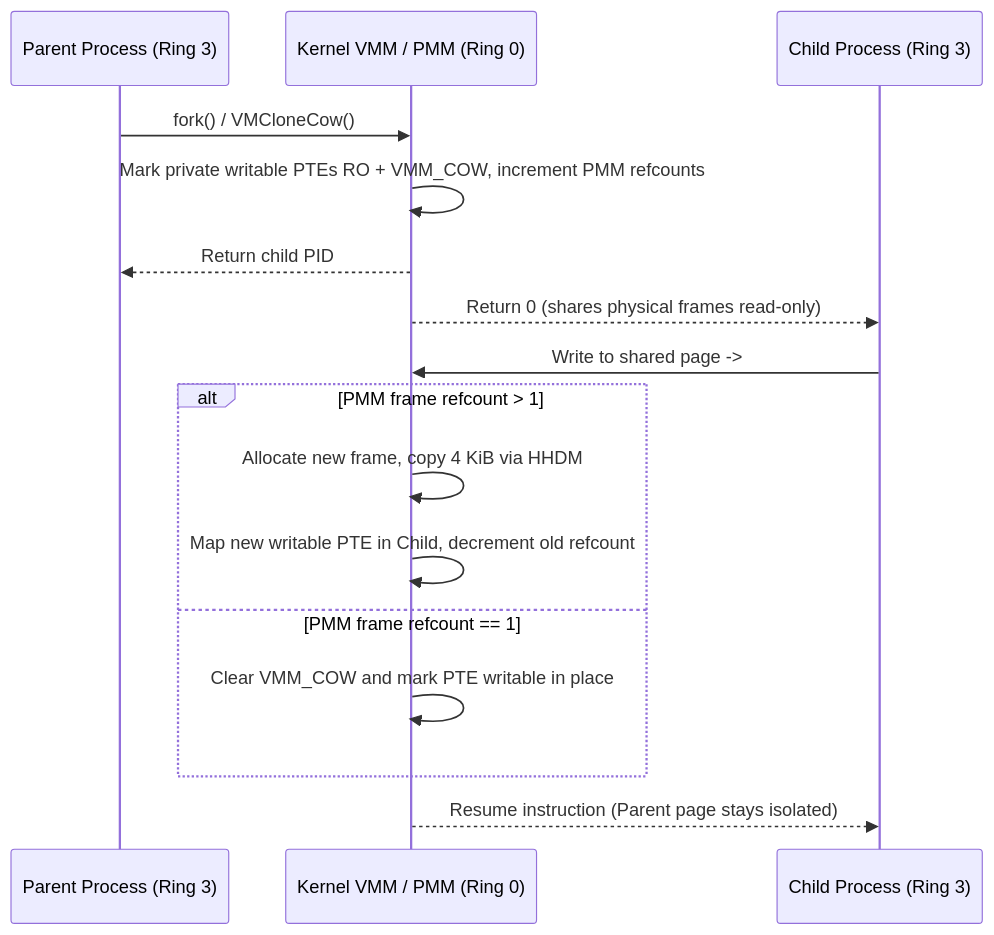
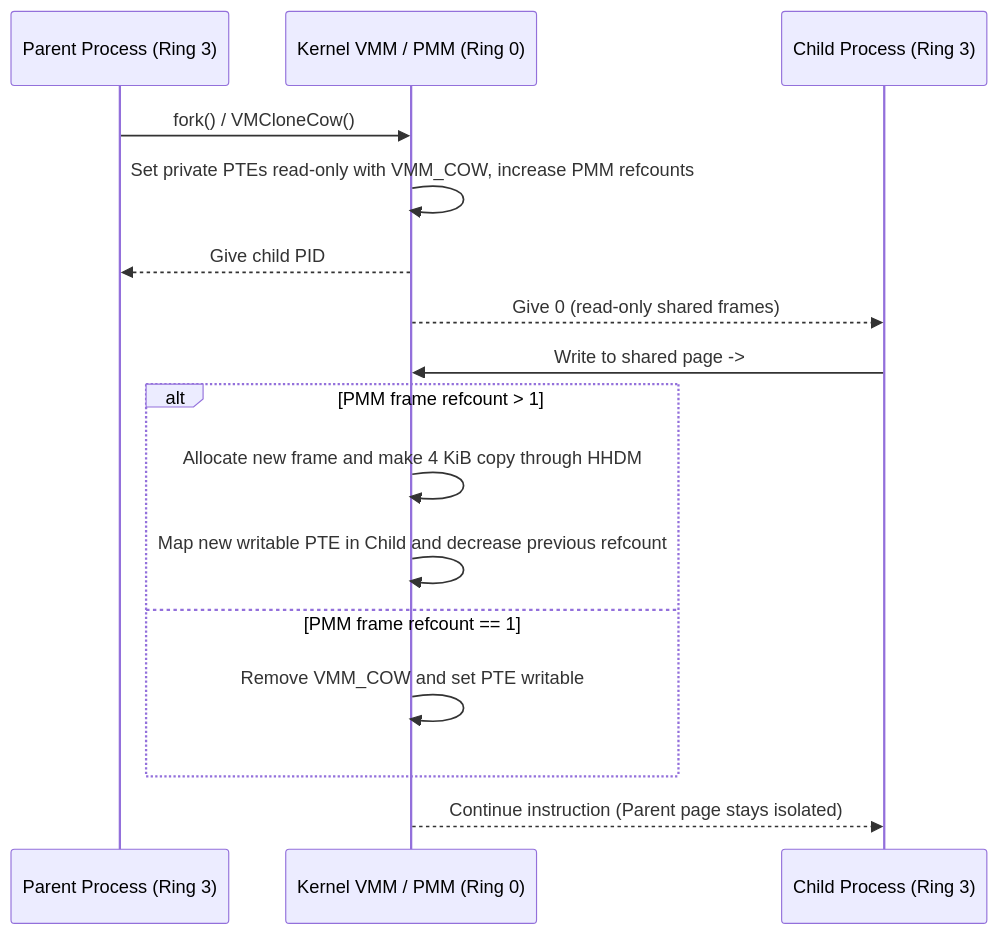
The second of 2 diagrams in docs/30-architecture/mem.md (Deniz-Eren/microkernel), drawn with Mermaid before and after one commit. The commit also changed other lines of this file and 151 other files, not shown here.

````diff
--- a/docs/30-architecture/mem.md
+++ b/docs/30-architecture/mem.md
@@ -49,20 +48,20 @@
 ```mermaid
 sequenceDiagram
     participant Parent as Parent Process (Ring 3)
     participant VMM as Kernel VMM / PMM (Ring 0)
     participant Child as Child Process (Ring 3)
 
     Parent->>VMM: fork() / VMCloneCow()
-    VMM->>VMM: Mark private writable PTEs RO + VMM_COW, increment PMM refcounts
-    VMM-->>Parent: Return child PID
-    VMM-->>Child: Return 0 (shares physical frames read-only)
+    VMM->>VMM: Set private PTEs read-only with VMM_COW, increase PMM refcounts
+    VMM-->>Parent: Give child PID
+    VMM-->>Child: Give 0 (read-only shared frames)
 
     Child->>VMM: Write to shared page -> #PF (Present + Write + User)
     alt PMM frame refcount > 1
-        VMM->>VMM: Allocate new frame, copy 4 KiB via HHDM
-        VMM->>VMM: Map new writable PTE in Child, decrement old refcount
+        VMM->>VMM: Allocate new frame and make 4 KiB copy through HHDM
+        VMM->>VMM: Map new writable PTE in Child and decrease previous refcount
     else PMM frame refcount == 1
-        VMM->>VMM: Clear VMM_COW and mark PTE writable in place
+        VMM->>VMM: Remove VMM_COW and set PTE writable
     end
-    VMM-->>Child: Resume instruction (Parent page stays isolated)
+    VMM-->>Child: Continue instruction (Parent page stays isolated)
 ```
````
